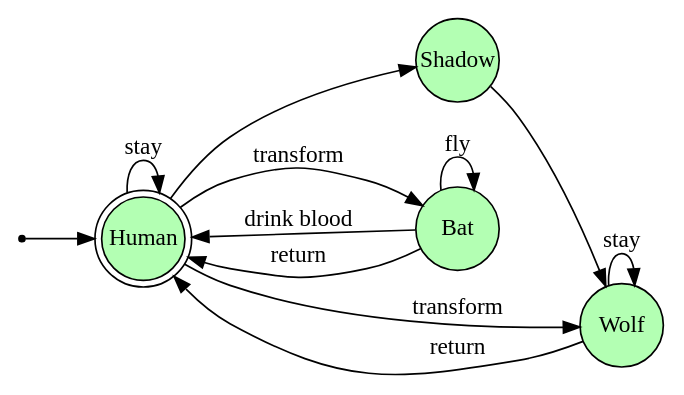
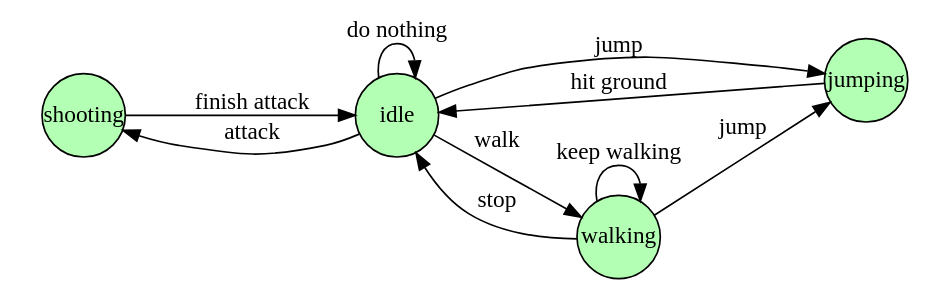
The first of 5 diagrams in content/posts/dynamic-programming.md (iagoleal/iagoleal.github.io), drawn with Graphviz before and after one commit. The commit also changed other lines of this file and 2 other files, not shown here.

````diff
--- a/content/posts/dynamic-programming.md
+++ b/content/posts/dynamic-programming.md
@@ -89,37 +91,33 @@
 ```dot
-digraph "Vampire State Machine" {
+digraph "Plataformer State Machine" {
   rankdir=LR;
   size="8,5"
-
-  qi [fillcolor = black shape = point];
 
   node [shape     = circle
         style     = "solid,filled"
         width     = 0.7
         color     = black
         fixedsize = shape
         fillcolor = "#B3FFB3"];
 
-  H [label = "Human" shape = doublecircle];
-  S [label = "Shadow"];
-  B [label = "Bat"];
-  W [label = "Wolf"];
+  A [label = "shooting"];
+  J [label = "jumping"];
+  W [label = "walking"];
+  I [label = "idle"];
 
-  qi -> H;
+  I -> I [label = "do nothing"];
+  W -> W [label = "keep walking"];
 
-  H -> B [label = "transform"];
-  H -> W [label = "transform"];
+  I -> A [label = "attack"];
+  A -> I [label = "finish attack"];
 
-  H -> S;
-  S -> W;
+  I -> W [label = "walk"];
 
-  B -> B [label = "fly"];
-  B -> H [label = "drink blood"];
+  J -> I [label = "hit ground"];
 
-  B -> H [label = "return"];
-  W -> H [label = "return"];
+  W -> I [label = "stop"];
 
-  H -> H [label = "stay"];
-  W -> W [label = "stay"];
+  W -> J [label = "jump"];
+  I -> J [label = "jump"];
 }
 ```
````
